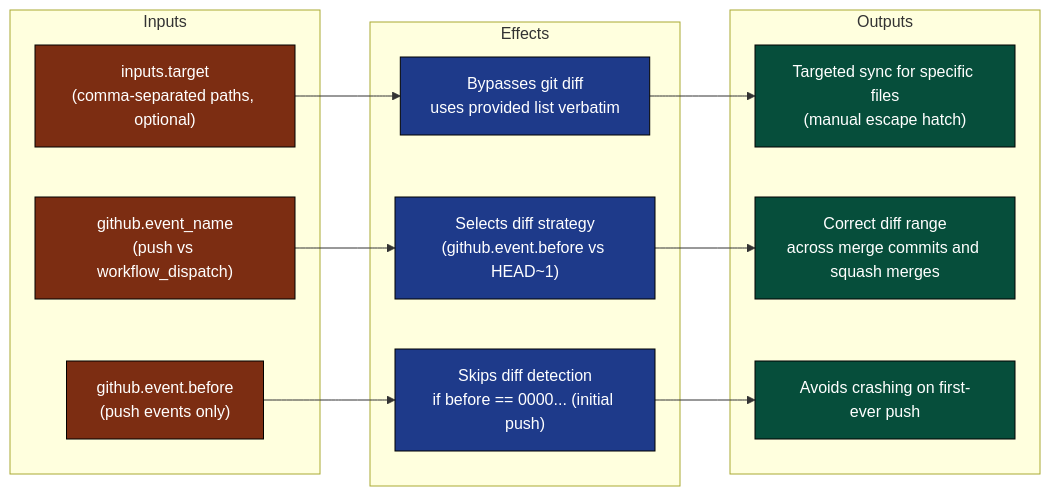
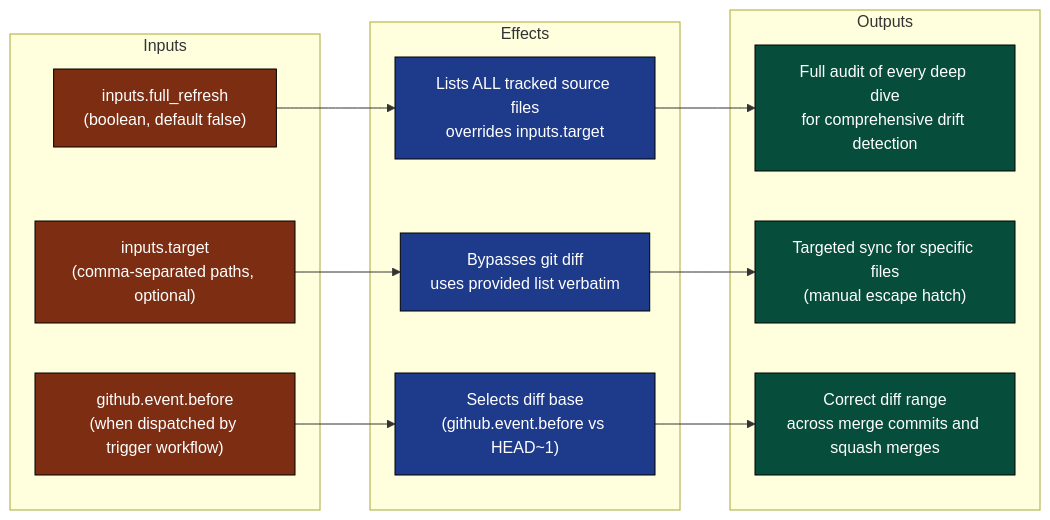
The fourth of 16 diagrams in .github/docs/DOCS_SYNC_DEEP_DIVE.md (gregreindel/llm-exe), drawn with Mermaid before and after one commit. The commit also changed other lines of this file and 4 other files, not shown here.

Commit message:
docs: sync deep dives after agent-review-pr and docs-sync workflow changes

````diff
--- a/.github/docs/DOCS_SYNC_DEEP_DIVE.md
+++ b/.github/docs/DOCS_SYNC_DEEP_DIVE.md
@@ -164,28 +154,28 @@
 ```mermaid
 flowchart LR
     classDef inp fill:#7c2d12,color:#fff,stroke:#000
     classDef use fill:#1e3a8a,color:#fff,stroke:#000
     classDef out fill:#064e3b,color:#fff,stroke:#000
 
     subgraph Inputs
-        I1["inputs.target\n(comma-separated paths, optional)"]:::inp
-        I2["github.event_name\n(push vs workflow_dispatch)"]:::inp
-        I3["github.event.before\n(push events only)"]:::inp
+        I1["inputs.full_refresh\n(boolean, default false)"]:::inp
+        I2["inputs.target\n(comma-separated paths, optional)"]:::inp
+        I3["github.event.before\n(when dispatched by trigger workflow)"]:::inp
     end
 
     subgraph Effects
-        E1["Bypasses git diff\nuses provided list verbatim"]:::use
-        E2["Selects diff strategy\n(github.event.before vs HEAD~1)"]:::use
-        E3["Skips diff detection\nif before == 0000... (initial push)"]:::use
+        E1["Lists ALL tracked source files\noverrides inputs.target"]:::use
+        E2["Bypasses git diff\nuses provided list verbatim"]:::use
+        E3["Selects diff base\n(github.event.before vs HEAD~1)"]:::use
     end
 
     subgraph Outputs
-        O1["Targeted sync for specific files\n(manual escape hatch)"]:::out
-        O2["Correct diff range\nacross merge commits and squash merges"]:::out
-        O3["Avoids crashing on first-ever push"]:::out
+        O1["Full audit of every deep dive\nfor comprehensive drift detection"]:::out
+        O2["Targeted sync for specific files\n(manual escape hatch)"]:::out
+        O3["Correct diff range\nacross merge commits and squash merges"]:::out
     end
 
     I1 --> E1 --> O1
     I2 --> E2 --> O2
     I3 --> E3 --> O3
 ```
````
